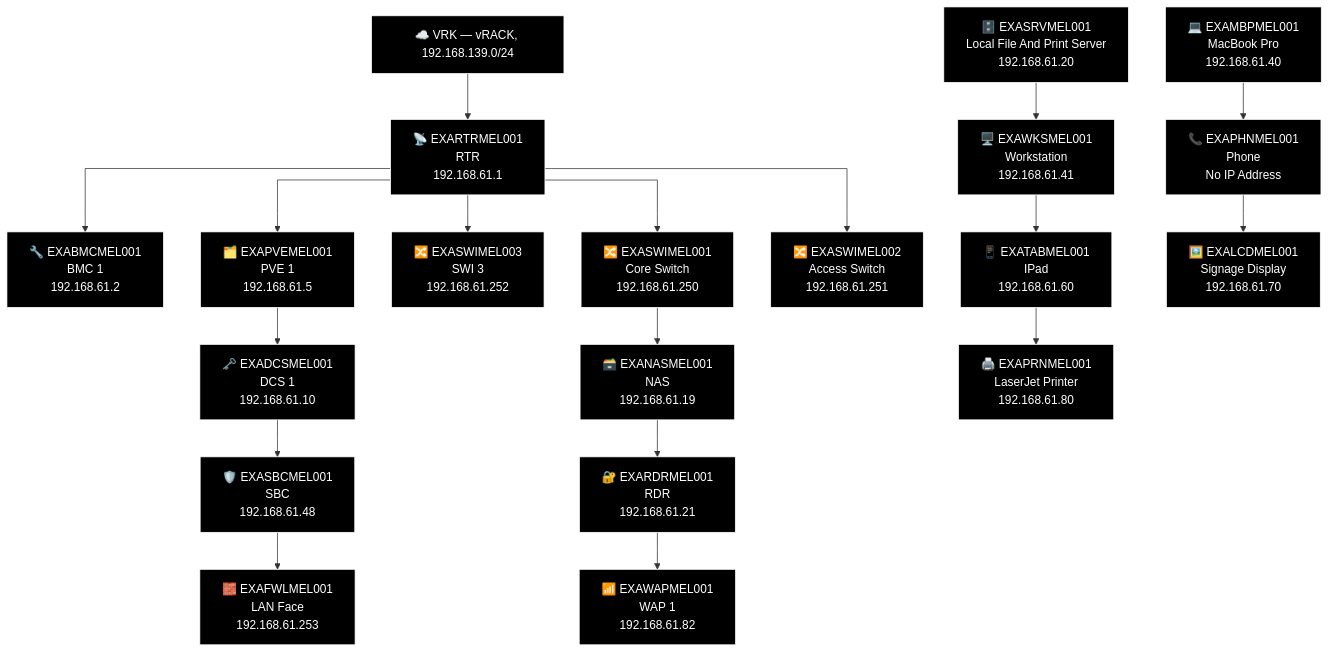
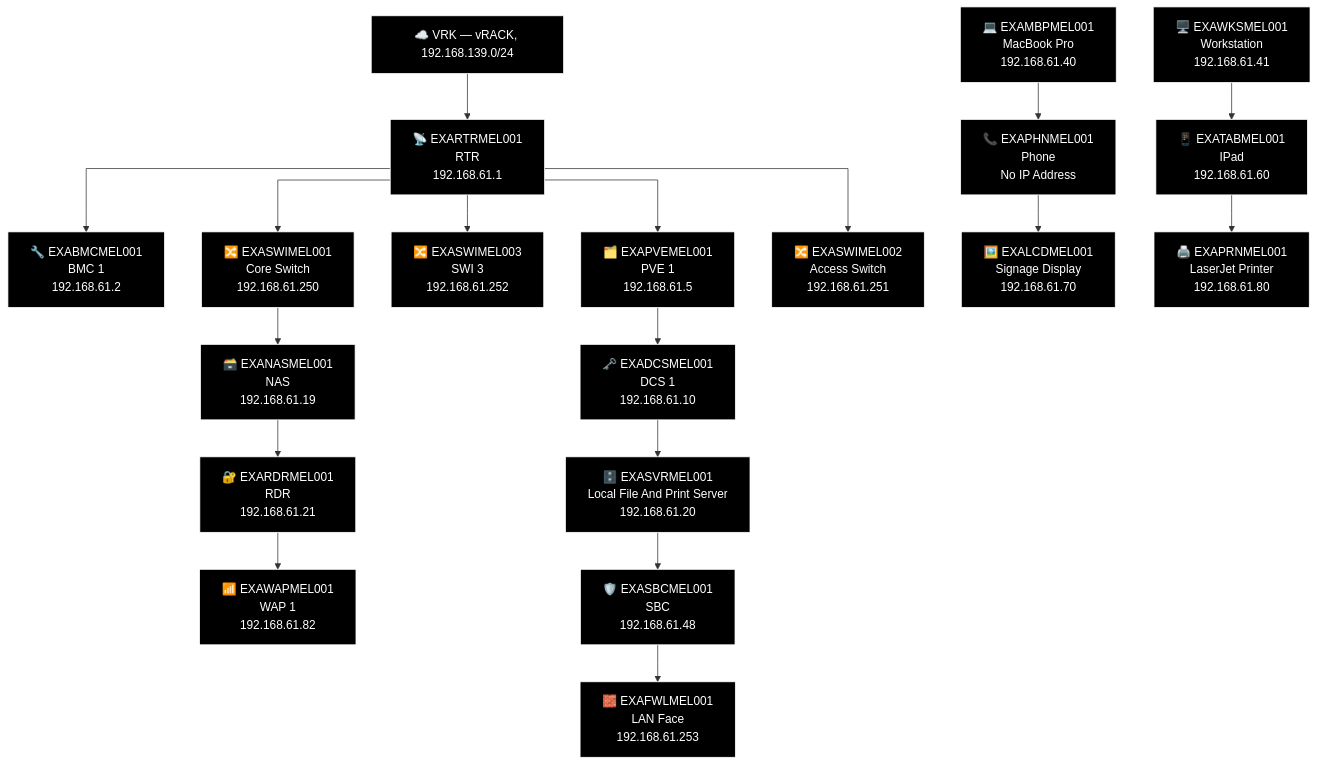
The sixth of 6 diagrams in docs/network-diagram/australia.md (knightmare2600/example_music_infra), drawn with Mermaid before and after one commit. The commit also changed other lines of this file and 44 other files, not shown here.

````diff
--- a/docs/network-diagram/australia.md
+++ b/docs/network-diagram/australia.md
@@ -311,56 +311,56 @@
 ```mermaid
 %% GENERATED:TOPOLOGY:MEL:START
 %%{init: {'flowchart': {'curve': 'stepAfter'}}}%%
 graph TD
     T_VRK["☁️ VRK — vRACK, 192.168.139.0/24"]
     T_RTR["📡 EXARTRMEL001<br/>RTR<br/>192.168.61.1"]
     T_VRK --> T_RTR
     T_BMC["🔧 EXABMCMEL001<br/>BMC 1<br/>192.168.61.2"]
     T_RTR --> T_BMC
     T_PVE["🗂️ EXAPVEMEL001<br/>PVE 1<br/>192.168.61.5"]
     T_RTR --> T_PVE
     T_SWI["🔀 EXASWIMEL003<br/>SWI 3<br/>192.168.61.252"]
     T_RTR --> T_SWI
     T_SWI2["🔀 EXASWIMEL001<br/>Core Switch<br/>192.168.61.250"]
     T_RTR --> T_SWI2
     T_SWI3["🔀 EXASWIMEL002<br/>Access Switch<br/>192.168.61.251"]
     T_RTR --> T_SWI3
     T_NAS["🗃️ EXANASMEL001<br/>NAS<br/>192.168.61.19"]
     T_RDR["🔐 EXARDRMEL001<br/>RDR<br/>192.168.61.21"]
     T_WAP["📶 EXAWAPMEL001<br/>WAP 1<br/>192.168.61.82"]
     T_SWI2 --> T_NAS --> T_RDR --> T_WAP
     T_DCS["🗝️ EXADCSMEL001<br/>DCS 1<br/>192.168.61.10"]
+    T_SVR["🗄️ EXASVRMEL001<br/>Local File And Print Server<br/>192.168.61.20"]
     T_SBC["🛡️ EXASBCMEL001<br/>SBC<br/>192.168.61.48"]
     T_FWL["🧱 EXAFWLMEL001<br/>LAN Face<br/>192.168.61.253"]
-    T_PVE --> T_DCS --> T_SBC --> T_FWL
-    T_SRV["🗄️ EXASRVMEL001<br/>Local File And Print Server<br/>192.168.61.20"]
+    T_PVE --> T_DCS --> T_SVR --> T_SBC --> T_FWL
     T_MBP["💻 EXAMBPMEL001<br/>MacBook Pro<br/>192.168.61.40"]
     T_WKS["🖥️ EXAWKSMEL001<br/>Workstation<br/>192.168.61.41"]
     T_PHN["📞 EXAPHNMEL001<br/>Phone<br/>No IP Address"]
     T_TAB["📱 EXATABMEL001<br/>IPad<br/>192.168.61.60"]
     T_LCD["🖼️ EXALCDMEL001<br/>Signage Display<br/>192.168.61.70"]
     T_PRN["🖨️ EXAPRNMEL001<br/>LaserJet Printer<br/>192.168.61.80"]
-    T_SRV --> T_WKS --> T_TAB --> T_PRN
     T_MBP --> T_PHN --> T_LCD
+    T_WKS --> T_TAB --> T_PRN
     style T_VRK fill:#000000,stroke:#FFFFFF,color:#FFFFFF
     style T_RTR fill:#000000,stroke:#FFFFFF,color:#FFFFFF
     style T_BMC fill:#000000,stroke:#FFFFFF,color:#FFFFFF
     style T_PVE fill:#000000,stroke:#FFFFFF,color:#FFFFFF
     style T_SWI fill:#000000,stroke:#FFFFFF,color:#FFFFFF
     style T_SWI2 fill:#000000,stroke:#FFFFFF,color:#FFFFFF
     style T_SWI3 fill:#000000,stroke:#FFFFFF,color:#FFFFFF
     style T_NAS fill:#000000,stroke:#FFFFFF,color:#FFFFFF
     style T_RDR fill:#000000,stroke:#FFFFFF,color:#FFFFFF
     style T_WAP fill:#000000,stroke:#FFFFFF,color:#FFFFFF
     style T_DCS fill:#000000,stroke:#FFFFFF,color:#FFFFFF
+    style T_SVR fill:#000000,stroke:#FFFFFF,color:#FFFFFF
     style T_SBC fill:#000000,stroke:#FFFFFF,color:#FFFFFF
     style T_FWL fill:#000000,stroke:#FFFFFF,color:#FFFFFF
-    style T_SRV fill:#000000,stroke:#FFFFFF,color:#FFFFFF
     style T_MBP fill:#000000,stroke:#FFFFFF,color:#FFFFFF
     style T_WKS fill:#000000,stroke:#FFFFFF,color:#FFFFFF
     style T_PHN fill:#000000,stroke:#FFFFFF,color:#FFFFFF
     style T_TAB fill:#000000,stroke:#FFFFFF,color:#FFFFFF
     style T_LCD fill:#000000,stroke:#FFFFFF,color:#FFFFFF
     style T_PRN fill:#000000,stroke:#FFFFFF,color:#FFFFFF
 %% GENERATED:TOPOLOGY:MEL:END
 ```
````
